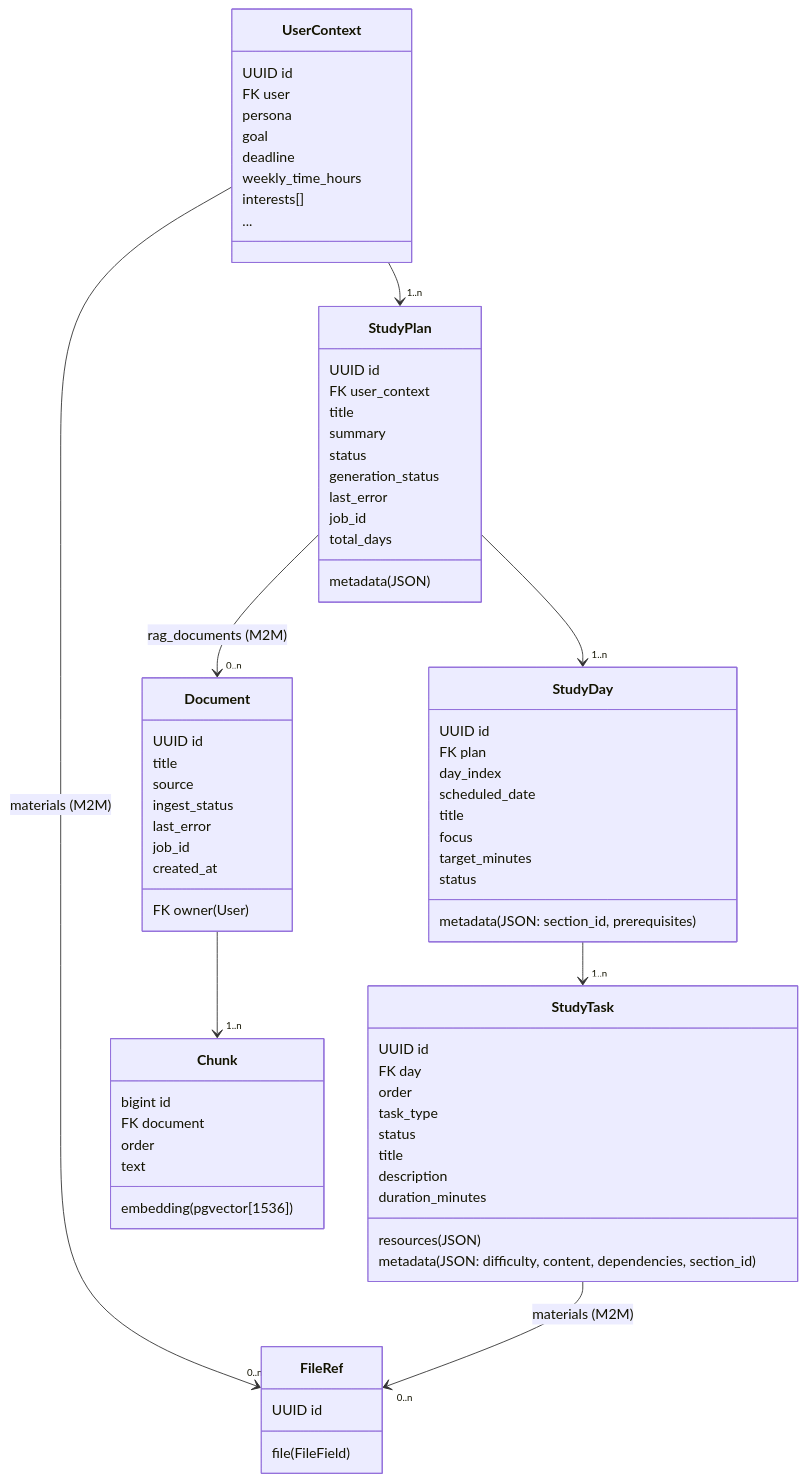
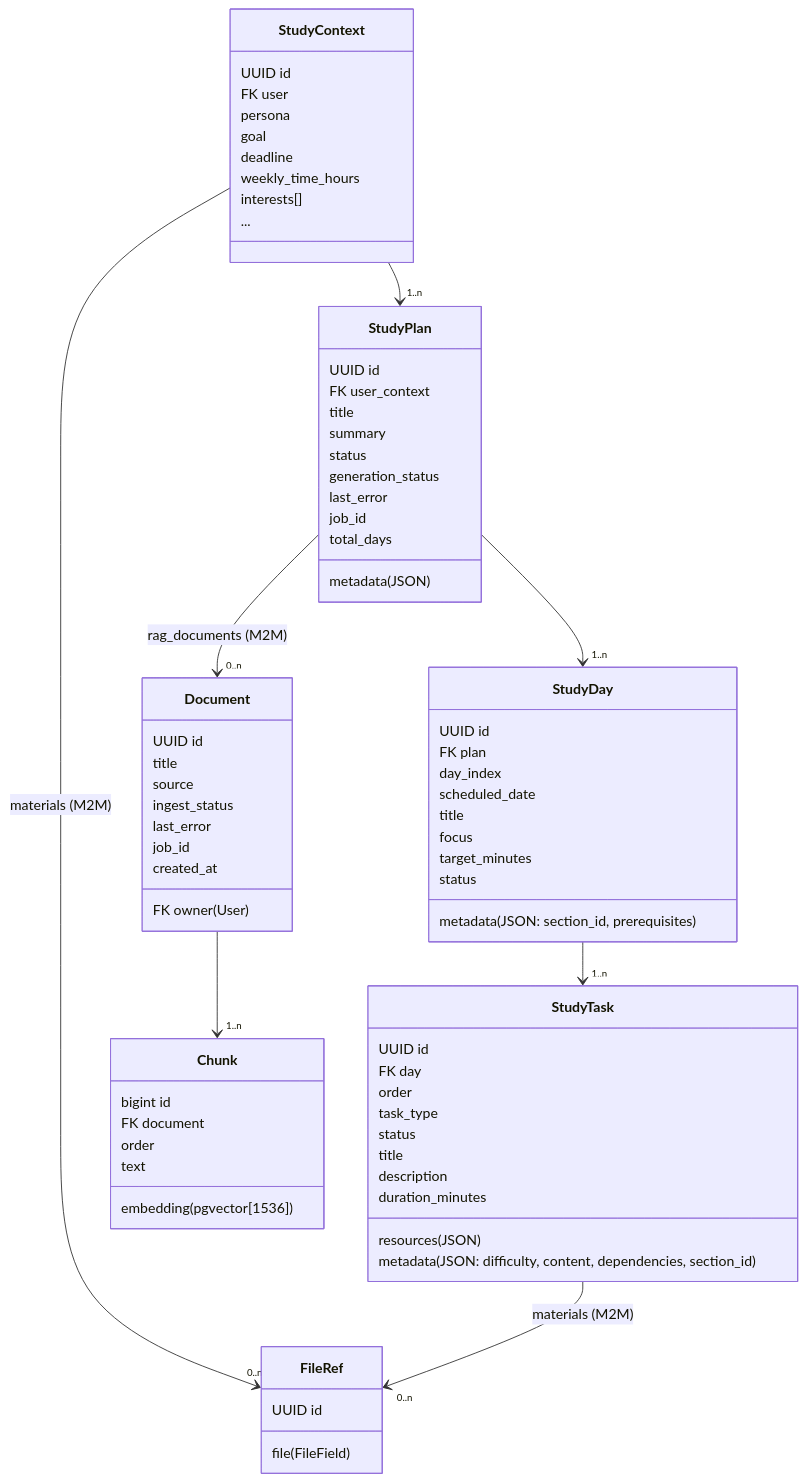
The first of 2 diagrams in docs/study_models_gist.md (AI-Teacher-Plus/backend), drawn with Mermaid before and after one commit. The commit also changed other lines of this file and 20 other files, not shown here.

First line of the commit message:
feat(study): renomeia UserContext para StudyContext e otimiza geração de planos

````diff
--- a/docs/study_models_gist.md
+++ b/docs/study_models_gist.md
@@ -17,6 +17,6 @@
 ```mermaid
 classDiagram
-    class UserContext {
+    class StudyContext {
         UUID id
         FK user
         persona
@@ -89,11 +89,11 @@
         file (FileField)
     }
 
-    UserContext --> "1..n" StudyPlan
+    StudyContext --> "1..n" StudyPlan
     StudyPlan --> "1..n" StudyDay
     StudyDay --> "1..n" StudyTask
     StudyPlan --> "0..n" Document : rag_documents (M2M)
     Document --> "1..n" Chunk
-    UserContext --> "0..n" FileRef : materials (M2M)
+    StudyContext --> "0..n" FileRef : materials (M2M)
     StudyTask --> "0..n" FileRef : materials (M2M)
 ```
````
